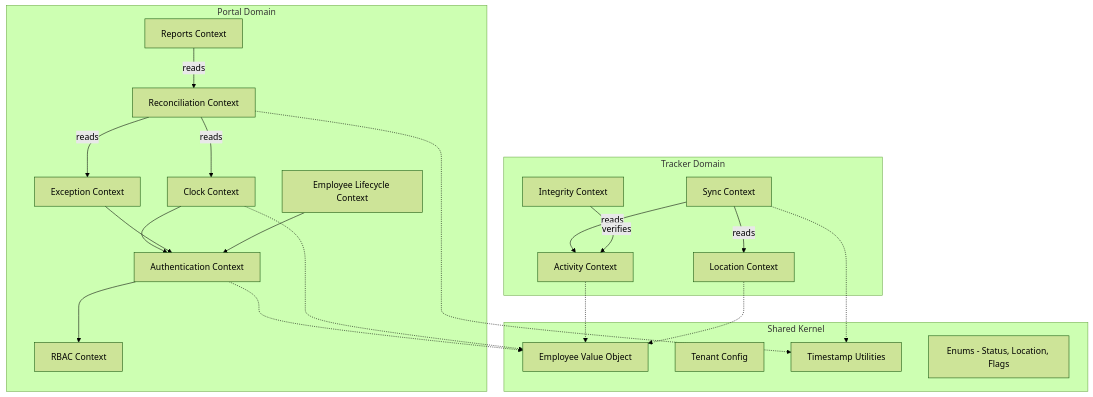
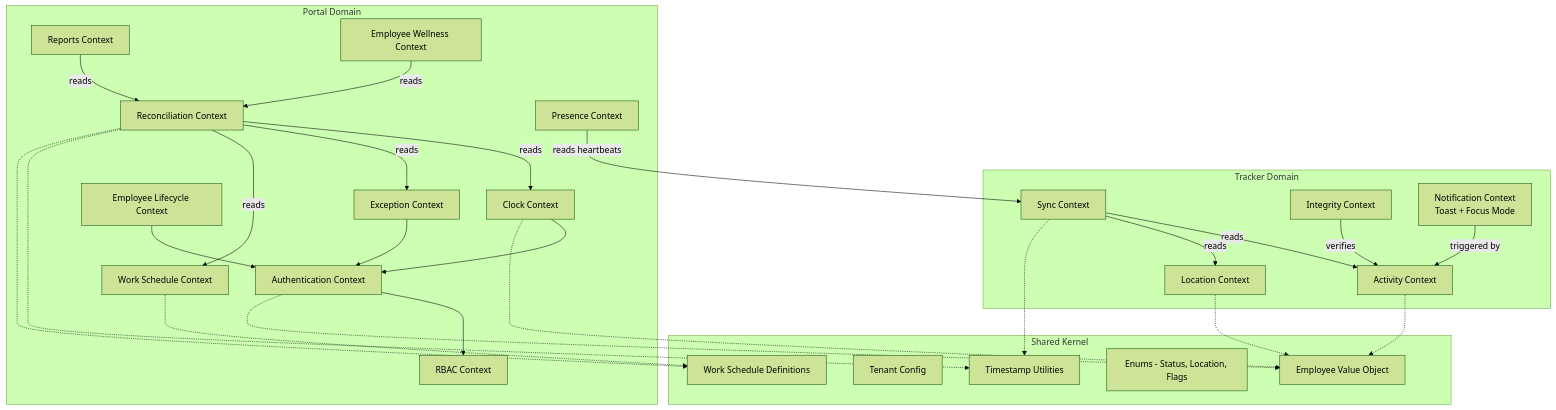
The third of 7 diagrams in .kiro/specs/fraud-proof-hybrid-timesheet/design.md (MaqSaid/Rhythm), drawn with Mermaid (forest theme) before and after one commit. The commit also changed other lines of this file and 108 other files, not shown here.

````diff
--- a/.kiro/specs/fraud-proof-hybrid-timesheet/design.md
+++ b/.kiro/specs/fraud-proof-hybrid-timesheet/design.md
@@ -123,40 +148,51 @@
 ```mermaid
 graph TD
     subgraph "Tracker Domain"
         TA[Activity Context]
         TL[Location Context]
         TS[Sync Context]
         TI[Integrity Context]
+        TN[Notification Context<br/>Toast + Focus Mode]
     end
     subgraph "Portal Domain"
         PA[Authentication Context]
         PC[Clock Context]
         PE[Exception Context]
         PR[Reconciliation Context]
         PP[Reports Context]
         PB[RBAC Context]
         PL[Employee Lifecycle Context]
+        PS[Presence Context]
+        PW[Work Schedule Context]
+        PX[Employee Wellness Context]
     end
     subgraph "Shared Kernel"
         SK1[Employee Value Object]
         SK2[Tenant Config]
         SK3[Timestamp Utilities]
         SK4[Enums - Status, Location, Flags]
+        SK5[Work Schedule Definitions]
     end
     TS -->|reads| TA
     TS -->|reads| TL
     TI -->|verifies| TA
+    TN -->|triggered by| TA
     PR -->|reads| PC
     PR -->|reads| PE
+    PR -->|reads| PW
     PP -->|reads| PR
+    PX -->|reads| PR
+    PS -->|reads heartbeats| TS
     PA --> PB
     PC --> PA
     PE --> PA
     PL --> PA
     TA -.-> SK1
     TL -.-> SK1
     PA -.-> SK1
     PC -.-> SK1
     PR -.-> SK3
     TS -.-> SK3
+    PW -.-> SK5
+    PR -.-> SK5
 ```
````
